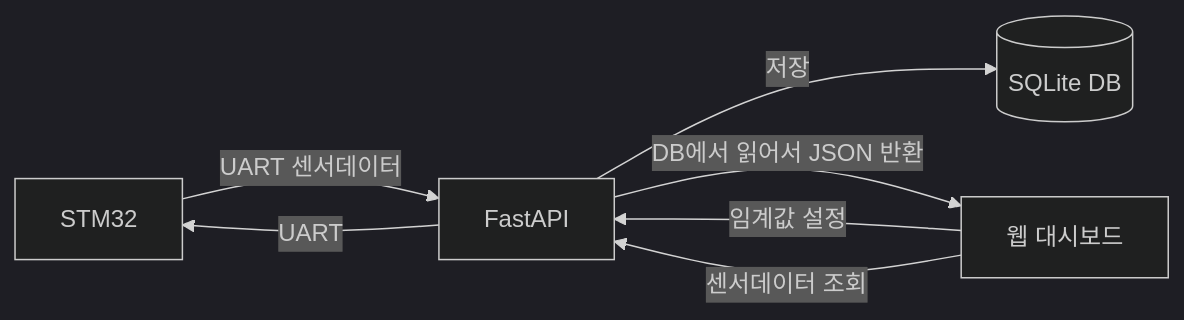
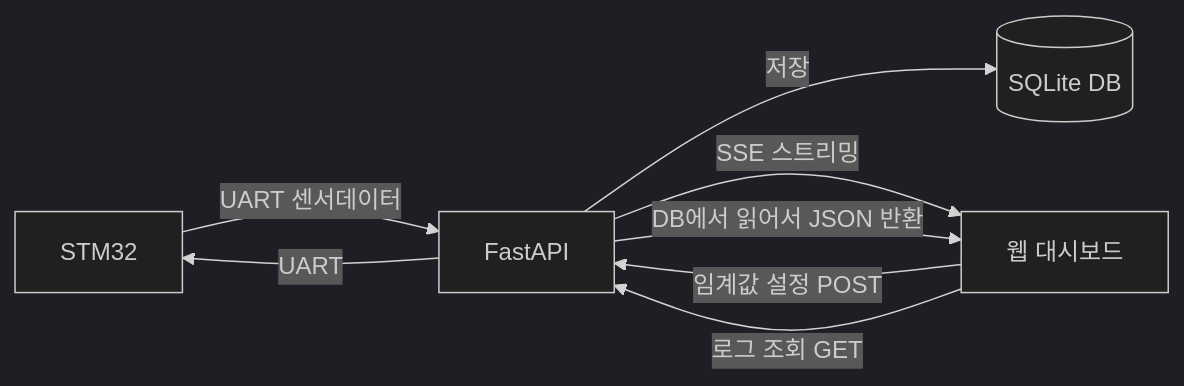
The third of 3 diagrams in system_architecture.md (mskwak32/plant-monitor), drawn with Mermaid (dark theme) before and after one commit. The commit also changed other lines of this file and 3 other files, not shown here.

````diff
--- a/system_architecture.md
+++ b/system_architecture.md
@@ -138,9 +139,10 @@
 ```mermaid
 flowchart LR
     STM32["STM32"] -->|UART 센서데이터| FastAPI["FastAPI"]
     FastAPI -->|저장| DB[("SQLite DB")]
-    Dashboard["웹 대시보드"] -->|임계값 설정| FastAPI
+    FastAPI -->|SSE 스트리밍| Dashboard["웹 대시보드"]
+    Dashboard -->|임계값 설정 POST| FastAPI
     FastAPI -->|UART| STM32
-    Dashboard -->|센서데이터 조회| FastAPI
+    Dashboard -->|로그 조회 GET| FastAPI
     FastAPI -->|DB에서 읽어서 JSON 반환| Dashboard
 ```
````
